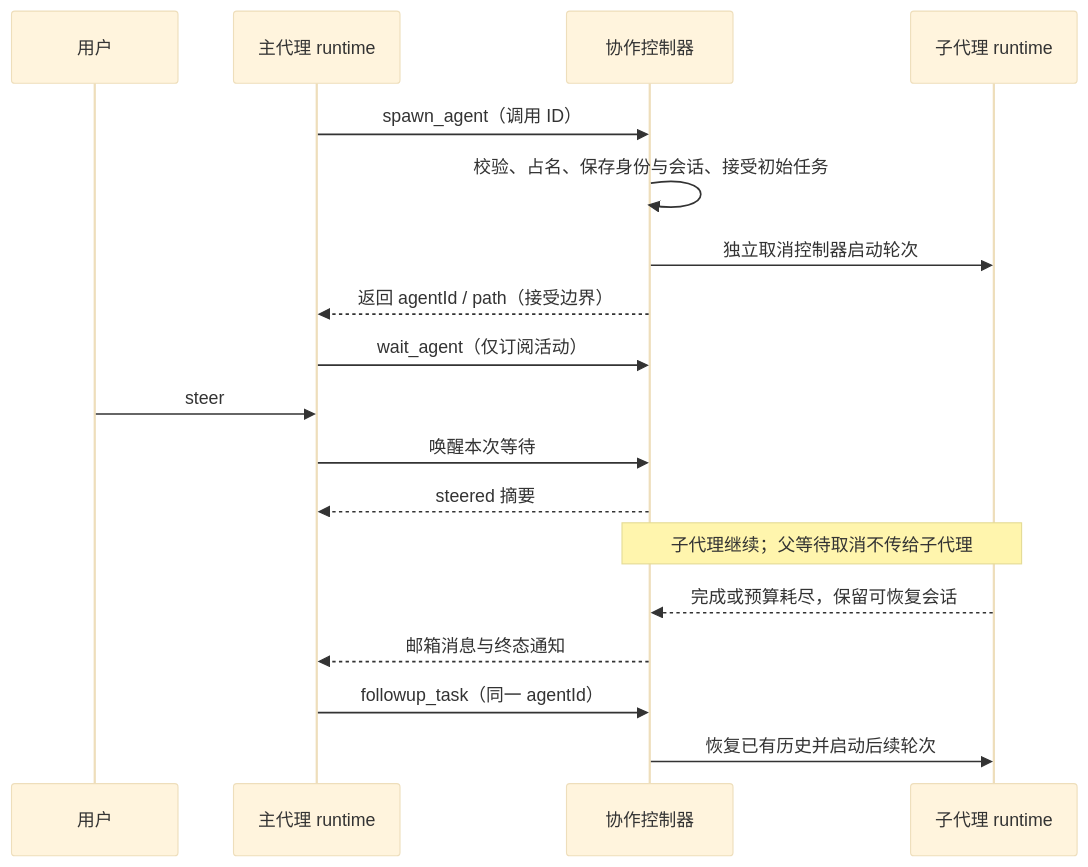
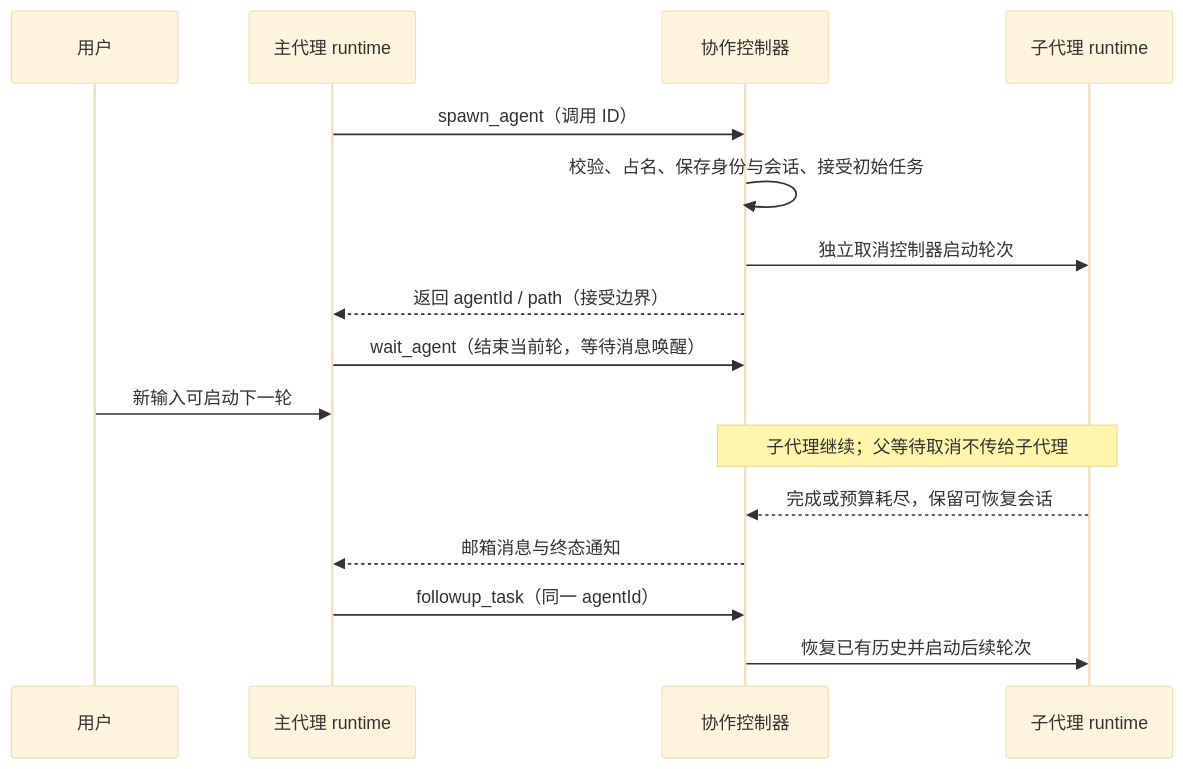
One commit to Rain-kl/ZCode changed the second of 2 diagrams in docs/features/codex-collaboration/design.md. Above: the diagram before and after it, drawn with Mermaid (base theme). The commit also changed other lines of this file and 41 other files, not shown here.

````diff
--- a/docs/features/codex-collaboration/design.md
+++ b/docs/features/codex-collaboration/design.md
@@ -193,20 +220,18 @@
 ```mermaid
 sequenceDiagram
     participant U as 用户
     participant R as 主代理 runtime
     participant C as 协作控制器
     participant A as 子代理 runtime
     R->>C: spawn_agent（调用 ID）
     C->>C: 校验、占名、保存身份与会话、接受初始任务
     C->>A: 独立取消控制器启动轮次
     C-->>R: 返回 agentId / path（接受边界）
-    R->>C: wait_agent（仅订阅活动）
-    U->>R: steer
-    R->>C: 唤醒本次等待
-    C-->>R: steered 摘要
+    R->>C: wait_agent（结束当前轮，等待消息唤醒）
+    U->>R: 新输入可启动下一轮
     Note over C,A: 子代理继续；父等待取消不传给子代理
     A-->>C: 完成或预算耗尽，保留可恢复会话
     C-->>R: 邮箱消息与终态通知
     R->>C: followup_task（同一 agentId）
     C->>A: 恢复已有历史并启动后续轮次
 ```
````
